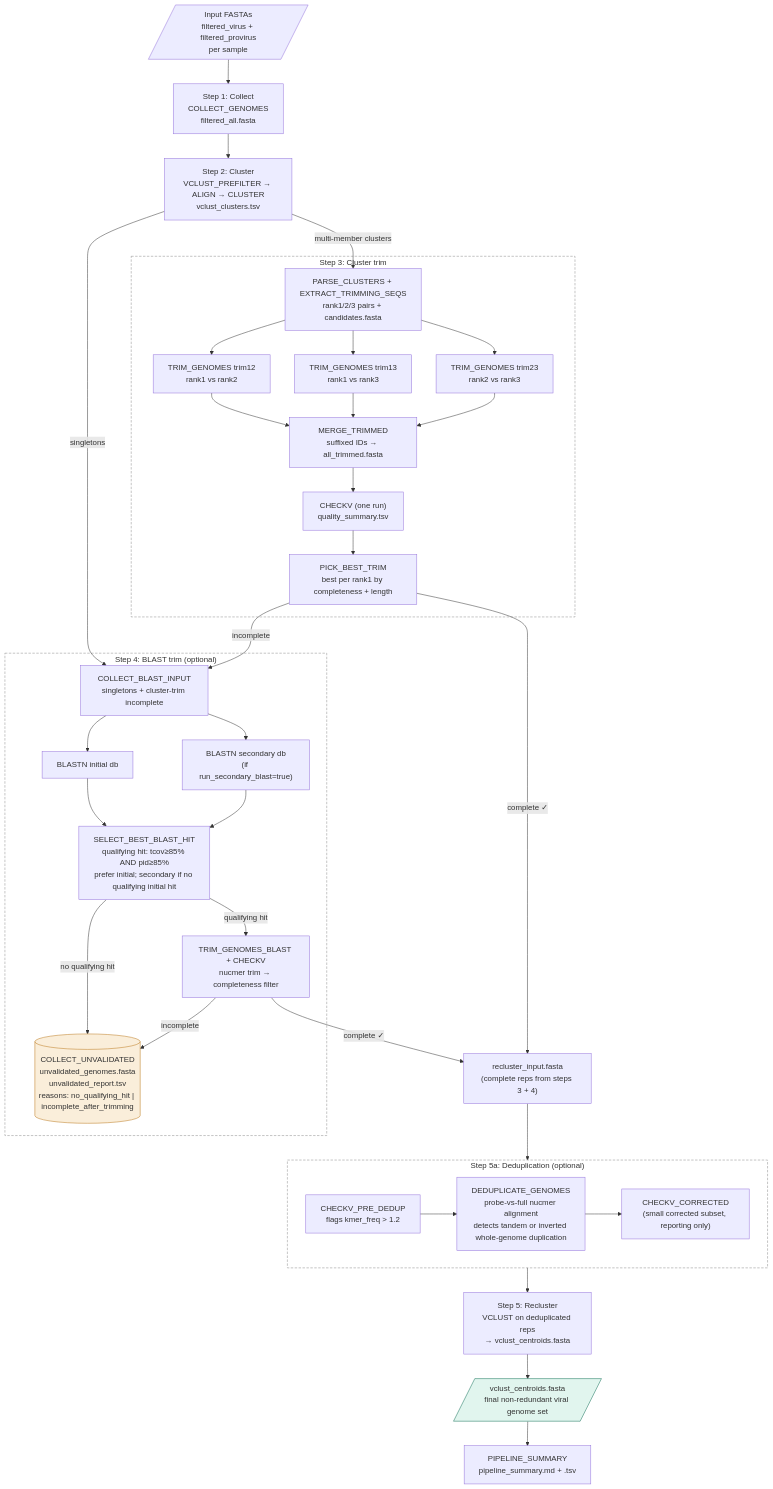
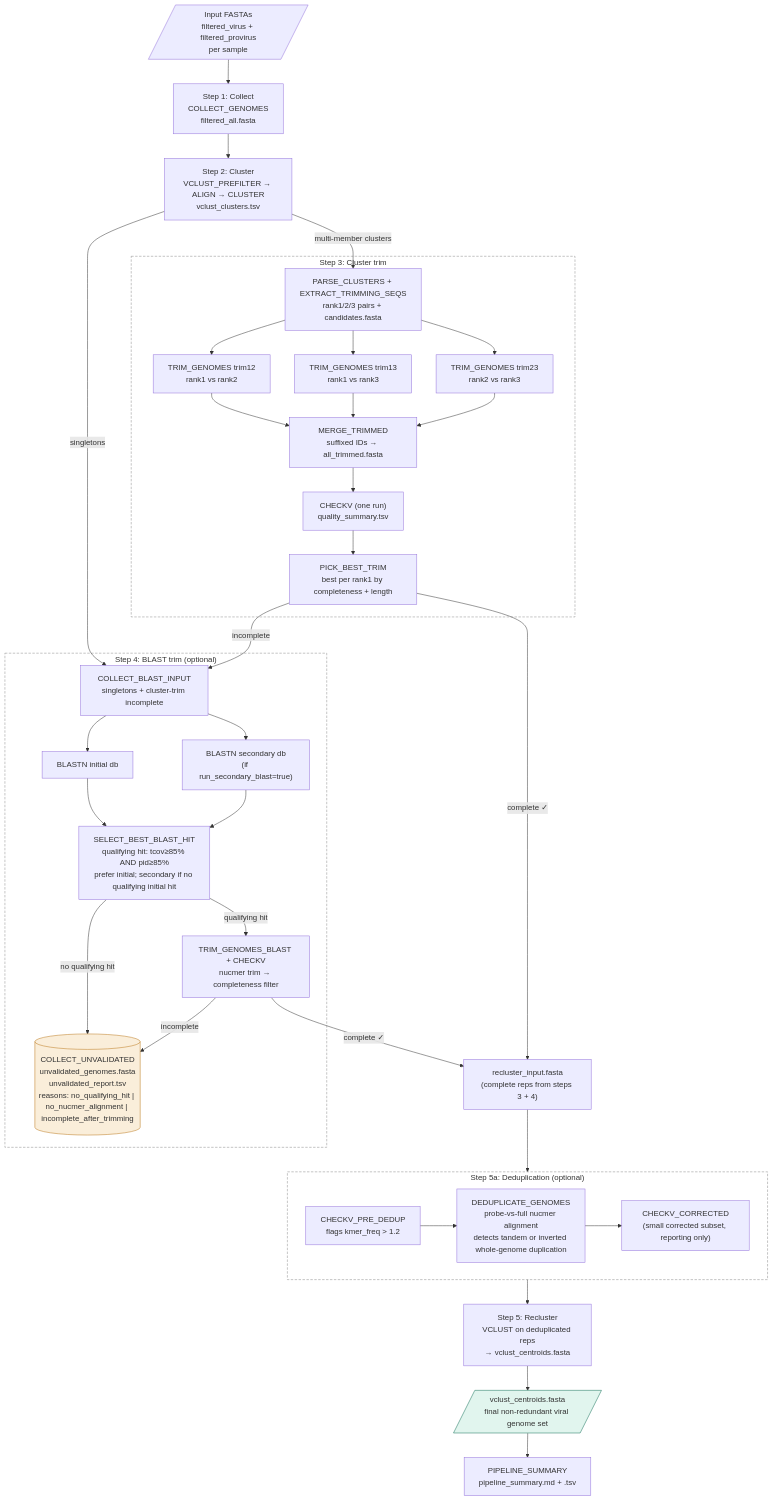
One commit to rosekantor/wvdb changed the diagram in wvdb-build/README.md. Above: the diagram before and after it, drawn with Mermaid. The commit also changed other lines of this file, not shown here.

Commit message:
update readme to match dropped nucmer fix

````diff
--- a/wvdb-build/README.md
+++ b/wvdb-build/README.md
@@ -15,65 +15,65 @@
 ```mermaid
 flowchart TD
     A[/"Input FASTAs\nfiltered_virus + filtered_provirus\nper sample"/]
     A --> B
 
     B["Step 1: Collect\nCOLLECT_GENOMES\nfiltered_all.fasta"]
     B --> C
 
     C["Step 2: Cluster\nVCLUST_PREFILTER → ALIGN → CLUSTER\nvclust_clusters.tsv"]
     C -->|singletons| D
     C -->|multi-member clusters| E
 
     subgraph CT ["Step 3: Cluster trim"]
         E["PARSE_CLUSTERS + EXTRACT_TRIMMING_SEQS\nrank1/2/3 pairs + candidates.fasta"]
         E --> F12["TRIM_GENOMES trim12\nrank1 vs rank2"]
         E --> F13["TRIM_GENOMES trim13\nrank1 vs rank3"]
         E --> F23["TRIM_GENOMES trim23\nrank2 vs rank3"]
         F12 --> G["MERGE_TRIMMED\nsuffixed IDs → all_trimmed.fasta"]
         F13 --> G
         F23 --> G
         G --> H["CHECKV (one run)\nquality_summary.tsv"]
         H --> I["PICK_BEST_TRIM\nbest per rank1 by completeness + length"]
     end
 
     I -->|"complete ✓"| RA
     I -->|incomplete| D
 
     subgraph BT ["Step 4: BLAST trim (optional)"]
         D["COLLECT_BLAST_INPUT\nsingletons + cluster-trim incomplete"]
         D --> J["BLASTN initial db"]
         D --> K["BLASTN secondary db\n(if run_secondary_blast=true)"]
         J --> L["SELECT_BEST_BLAST_HIT\nqualifying hit: tcov≥85% AND pid≥85%\nprefer initial; secondary if no qualifying initial hit"]
         K --> L
         L -->|"no qualifying hit"| U
         L -->|"qualifying hit"| M["TRIM_GENOMES_BLAST + CHECKV\nnucmer trim → completeness filter"]
     end
 
     M -->|"complete ✓"| RA
     M -->|incomplete| U
 
-    U[("COLLECT_UNVALIDATED\nunvalidated_genomes.fasta\nunvalidated_report.tsv\nreasons: no_qualifying_hit | incomplete_after_trimming")]
+    U[("COLLECT_UNVALIDATED\nunvalidated_genomes.fasta\nunvalidated_report.tsv\nreasons: no_qualifying_hit | no_nucmer_alignment | incomplete_after_trimming")]
 
     RA["recluster_input.fasta\n(complete reps from steps 3 + 4)"]
     RA --> DD
 
     subgraph DD ["Step 5a: Deduplication (optional)"]
         CD["CHECKV_PRE_DEDUP\nflags kmer_freq > 1.2"]
         CD --> DG["DEDUPLICATE_GENOMES\nprobe-vs-full nucmer alignment\ndetects tandem or inverted whole-genome duplication"]
         DG --> CC["CHECKV_CORRECTED\n(small corrected subset, reporting only)"]
     end
 
     DD --> R
 
     R["Step 5: Recluster\nVCLUST on deduplicated reps\n→ vclust_centroids.fasta"]
     R --> S
 
     S[/"vclust_centroids.fasta\nfinal non-redundant viral genome set"/]
     S --> T["PIPELINE_SUMMARY\npipeline_summary.md + .tsv"]
 
     style CT fill:none,stroke:#888,stroke-dasharray:5 3
     style BT fill:none,stroke:#888,stroke-dasharray:5 3
     style DD fill:none,stroke:#888,stroke-dasharray:5 3
     style U fill:#faeeda,stroke:#ba7517
     style S fill:#e1f5ee,stroke:#0f6e56
 ```
````
